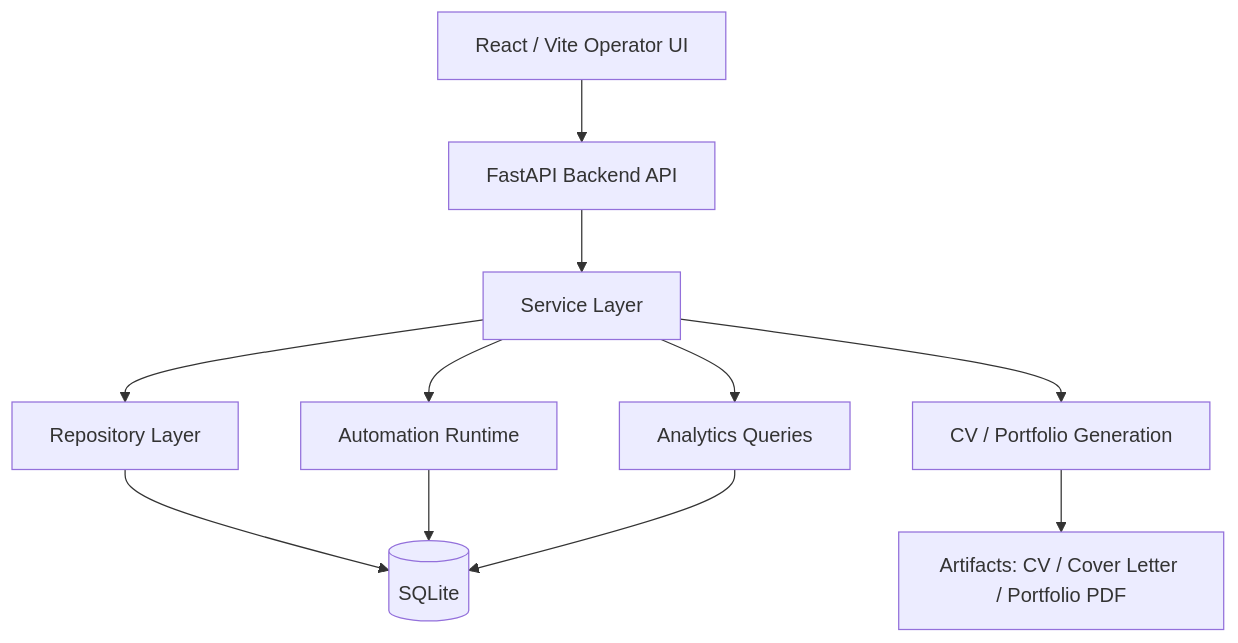
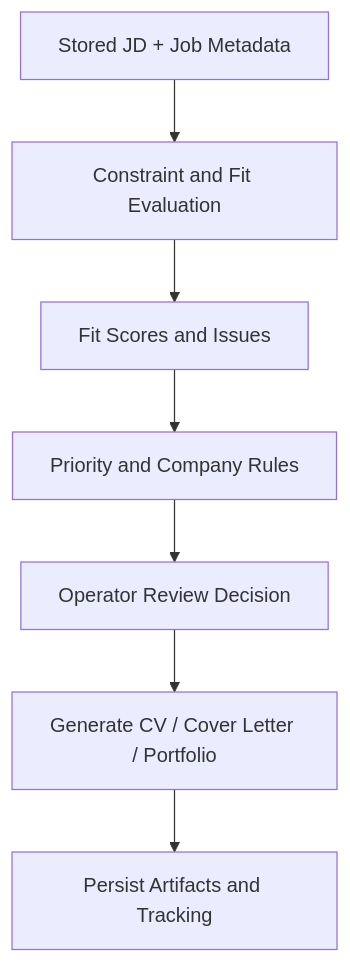
The second of 2 diagrams in showcase_assets/architecture/basic_project_architecture.md (ThanhDC-FSD/Job-Ops-Console), drawn with Mermaid before and after one commit. The commit also changed other lines of this file and 1 other file, not shown here.

Commit message:
Enhance showcase architecture overview

````diff
--- a/showcase_assets/architecture/basic_project_architecture.md
+++ b/showcase_assets/architecture/basic_project_architecture.md
@@ -20,15 +129,9 @@
 ```mermaid
 flowchart TD
-    A[React / Vite Operator UI] --> B[FastAPI Backend API]
-    B --> C[Service Layer]
-    C --> D[Repository Layer]
-    D --> E[(SQLite)]
-
-    C --> F[Automation Runtime]
-    C --> G[CV / Portfolio Generation]
-    C --> H[Analytics Queries]
-
-    F --> E
-    G --> I[Artifacts: CV / Cover Letter / Portfolio PDF]
-    H --> E
+    A[Stored JD + Job Metadata] --> B[Constraint and Fit Evaluation]
+    B --> C[Fit Scores and Issues]
+    C --> D[Priority and Company Rules]
+    D --> E[Operator Review Decision]
+    E --> F[Generate CV / Cover Letter / Portfolio]
+    F --> G[Persist Artifacts and Tracking]
 ```
````
